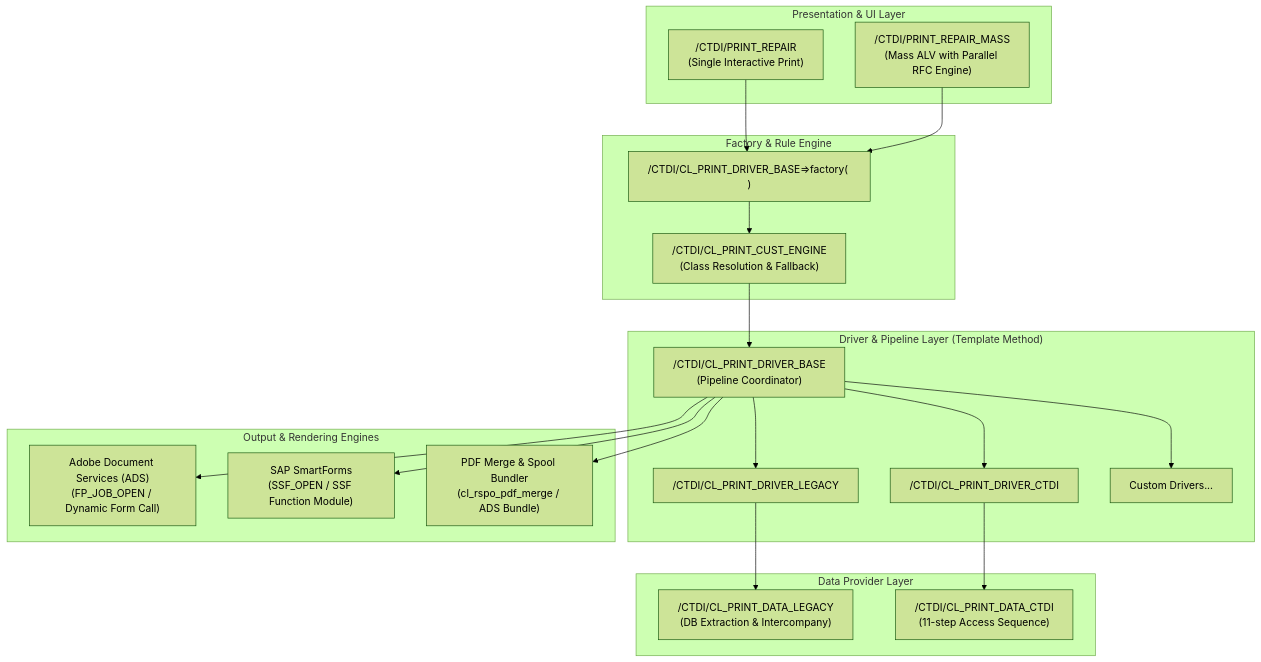
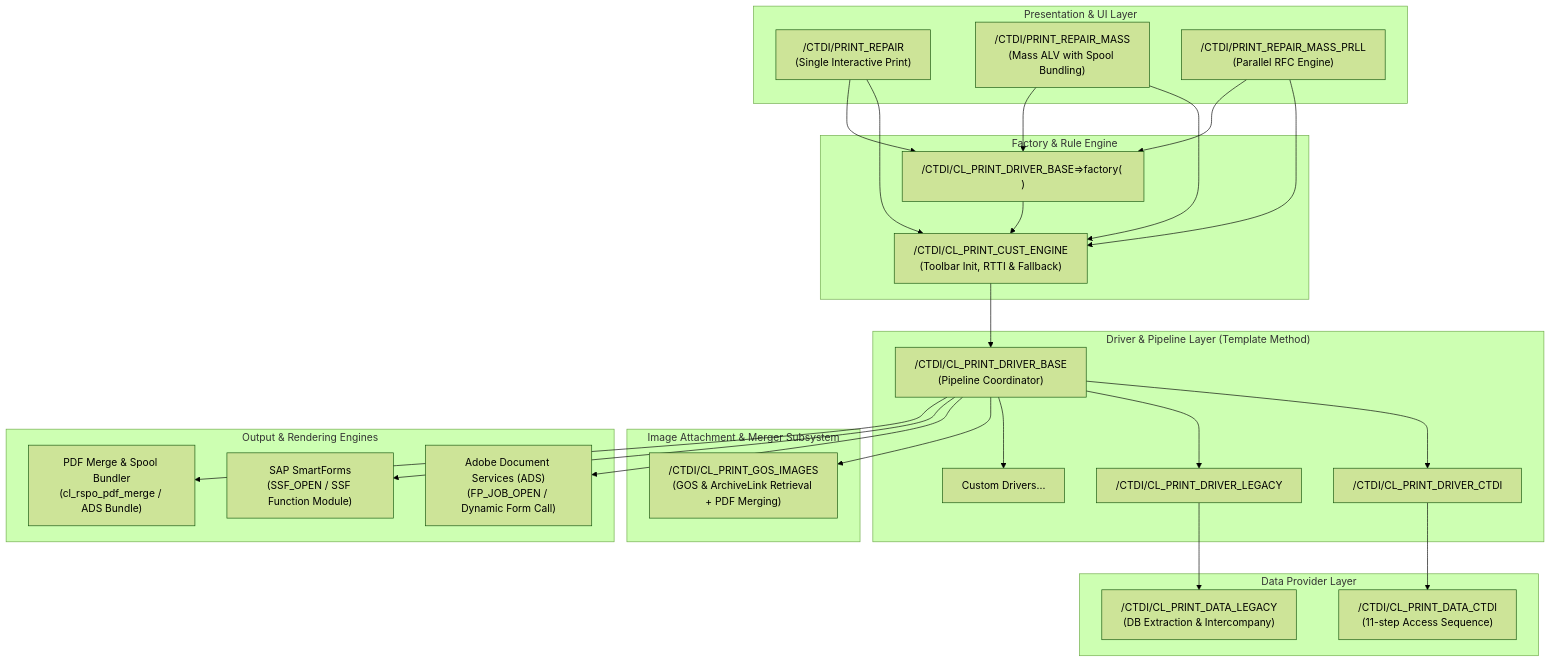
The first of 2 diagrams in ARCHITECTURE.md (sbozbuga/DynAbap), drawn with Mermaid (forest theme) before and after one commit. The commit also changed other lines of this file and 3 other files, not shown here.

Commit message:
docs: enrich ABAP Doc, update README.md and ARCHITECTURE.md with image pipeline and toolbar lifecycle

````diff
--- a/ARCHITECTURE.md
+++ b/ARCHITECTURE.md
@@ -11,45 +11,55 @@
 ```mermaid
 graph TD
     subgraph UI_Layer ["Presentation & UI Layer"]
         PR1["/CTDI/PRINT_REPAIR<br>(Single Interactive Print)"]
-        PR2["/CTDI/PRINT_REPAIR_MASS<br>(Mass ALV with Parallel RFC Engine)"]
+        PR2["/CTDI/PRINT_REPAIR_MASS<br>(Mass ALV with Spool Bundling)"]
+        PR3["/CTDI/PRINT_REPAIR_MASS_PRLL<br>(Parallel RFC Engine)"]
     end
 
     subgraph Factory_Layer ["Factory & Rule Engine"]
-        CustEng["/CTDI/CL_PRINT_CUST_ENGINE<br>(Class Resolution & Fallback)"]
+        CustEng["/CTDI/CL_PRINT_CUST_ENGINE<br>(Toolbar Init, RTTI & Fallback)"]
         BaseFact["/CTDI/CL_PRINT_DRIVER_BASE=>factory( )"]
     end
 
     subgraph Driver_Layer ["Driver & Pipeline Layer (Template Method)"]
         BaseDrv["/CTDI/CL_PRINT_DRIVER_BASE<br>(Pipeline Coordinator)"]
         CTDIDrv["/CTDI/CL_PRINT_DRIVER_CTDI"]
         LegDrv["/CTDI/CL_PRINT_DRIVER_LEGACY"]
         CustDrv["Custom Drivers..."]
     end
 
     subgraph Data_Layer ["Data Provider Layer"]
         LegData["/CTDI/CL_PRINT_DATA_LEGACY<br>(DB Extraction & Intercompany)"]
         CTDIData["/CTDI/CL_PRINT_DATA_CTDI<br>(11-step Access Sequence)"]
     end
 
+    subgraph Image_Layer ["Image Attachment & Merger Subsystem"]
+        GOS["/CTDI/CL_PRINT_GOS_IMAGES<br>(GOS & ArchiveLink Retrieval + PDF Merging)"]
+    end
+
     subgraph Output_Layer ["Output & Rendering Engines"]
         ADS["Adobe Document Services (ADS)<br>(FP_JOB_OPEN / Dynamic Form Call)"]
         SSF["SAP SmartForms<br>(SSF_OPEN / SSF Function Module)"]
         PDFM["PDF Merge & Spool Bundler<br>(cl_rspo_pdf_merge / ADS Bundle)"]
     end
 
+    PR1 --> CustEng
+    PR2 --> CustEng
+    PR3 --> CustEng
     PR1 --> BaseFact
     PR2 --> BaseFact
+    PR3 --> BaseFact
     BaseFact --> CustEng
     CustEng --> BaseDrv
     BaseDrv --> CTDIDrv
     BaseDrv --> LegDrv
     BaseDrv --> CustDrv
 
     CTDIDrv --> CTDIData
     LegDrv --> LegData
 
+    BaseDrv --> GOS
     BaseDrv --> ADS
     BaseDrv --> SSF
     BaseDrv --> PDFM
 ```
````
